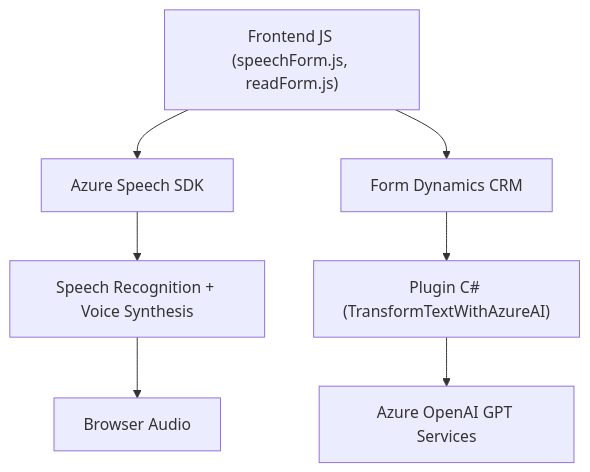
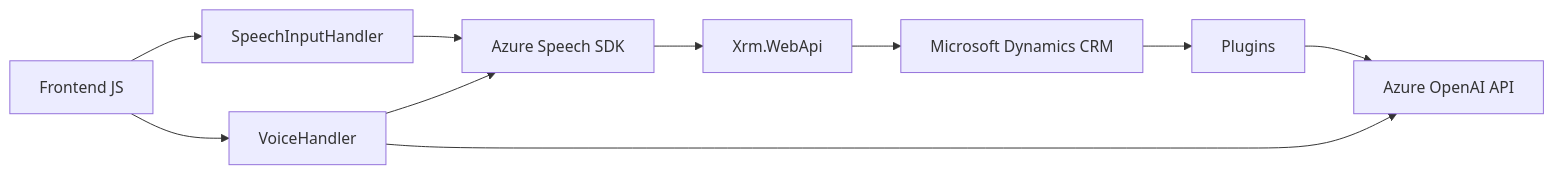
One commit to blopezdm/NETCORE_BILBAO2025 changed the diagram in README.md. Above: the diagram before and after it, drawn with Mermaid. The commit also changed other lines of this file, not shown here.

````diff
--- a/README.md
+++ b/README.md
@@ -63,9 +35,21 @@
 ```mermaid
-graph TD
-  F["Frontend JS (speechForm.js, readForm.js)"] --> A["Azure Speech SDK"]
-  F --> CRM["Form Dynamics CRM"]
-  CRM --> P["Plugin C# (TransformTextWithAzureAI)"]
-  P --> O["Azure OpenAI GPT Services"]
-  A --> SDK["Speech Recognition + Voice Synthesis"]
-  SDK --> V["Browser Audio"]
+graph LR
+    A["Frontend JS"]
+    B["SpeechInputHandler"]
+    C["VoiceHandler"]
+    D["Microsoft Dynamics CRM"]
+    E["Plugins"]
+    F["Azure Speech SDK"]
+    G["Azure OpenAI API"]
+    H["Xrm.WebApi"]
+
+    A --> B
+    A --> C
+    B --> F
+    F --> H
+    C --> F
+    C --> G
+    H --> D
+    E --> G
+    D --> E
 ```
````
